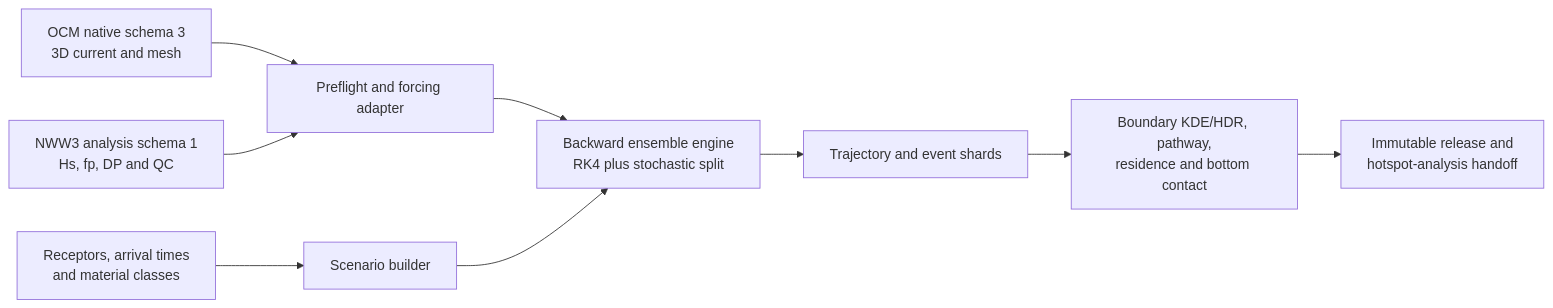
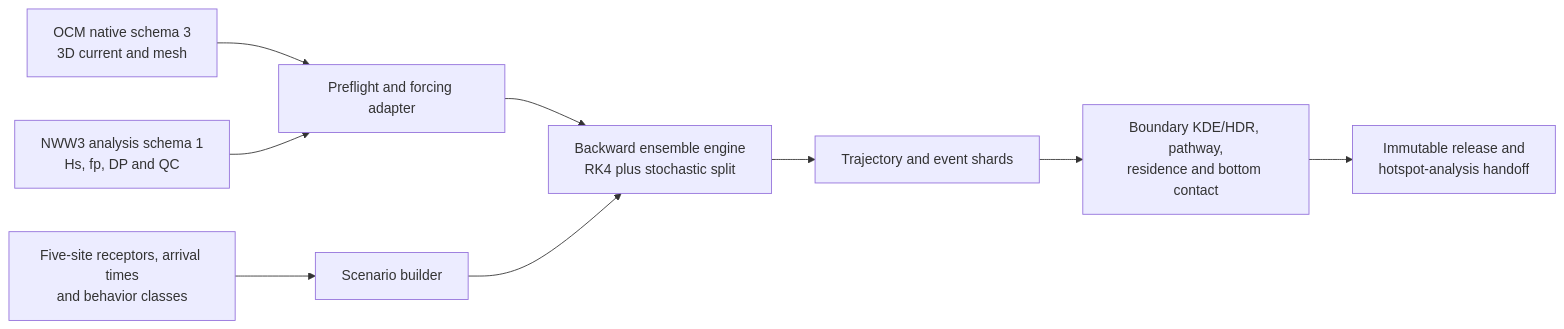
Before and after one commit to SpiderFang/Lagrangian-Ensemble-Backtracking: the diagram in README.md, drawn with Mermaid. The commit also changed other lines of this file and 9 other files, not shown here.

````diff
--- a/README.md
+++ b/README.md
@@ -87,11 +87,11 @@
 ```mermaid
 flowchart LR
     O["OCM native schema 3\n3D current and mesh"] --> P["Preflight and forcing adapter"]
     W["NWW3 analysis schema 1\nHs, fp, DP and QC"] --> P
-    R["Receptors, arrival times\nand material classes"] --> S["Scenario builder"]
+    R["Five-site receptors, arrival times\nand behavior classes"] --> S["Scenario builder"]
     P --> E["Backward ensemble engine\nRK4 plus stochastic split"]
     S --> E
     E --> T["Trajectory and event shards"]
     T --> A["Boundary KDE/HDR, pathway,\nresidence and bottom contact"]
     A --> H["Immutable release and\nhotspot-analysis handoff"]
 ```
````
